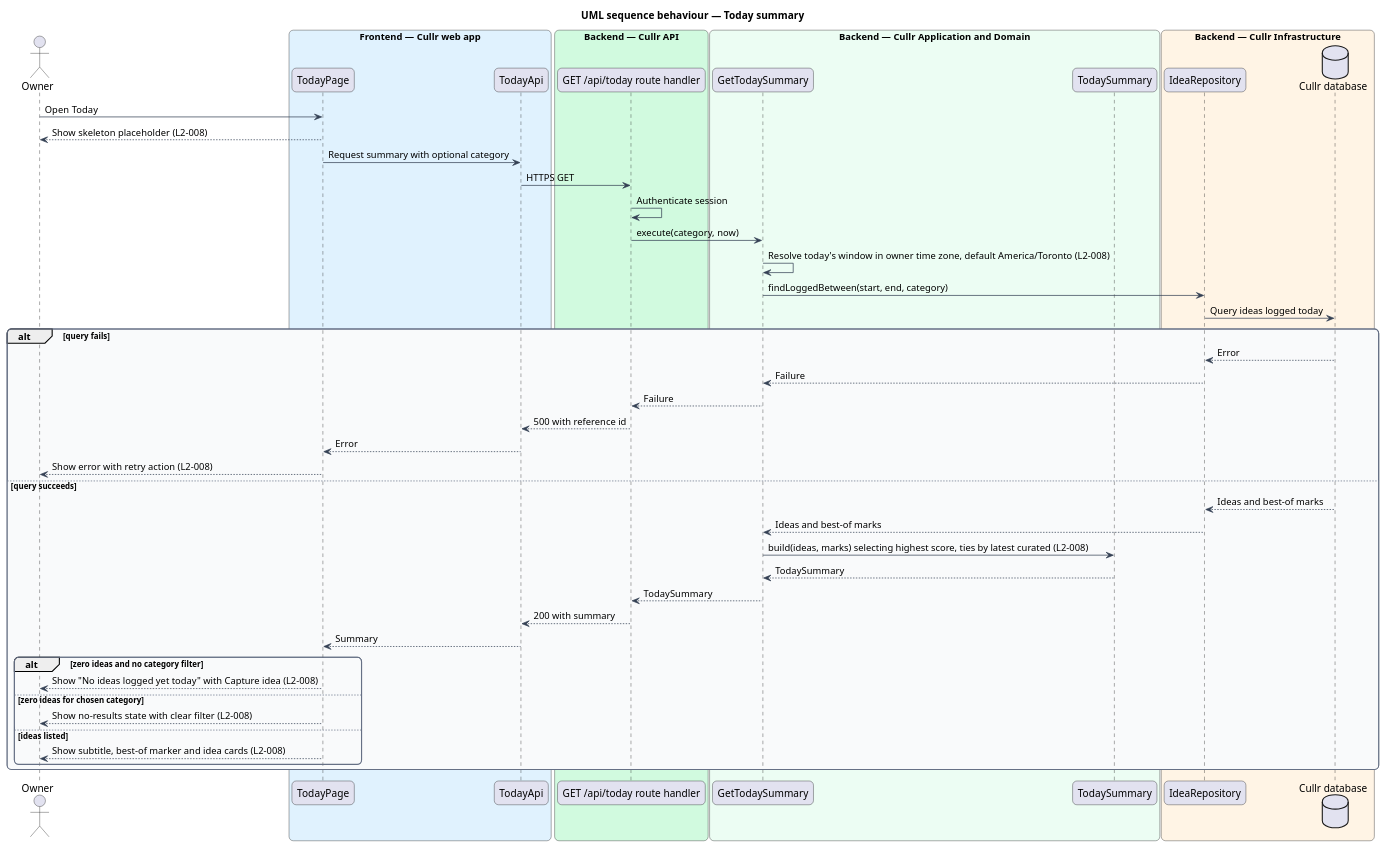
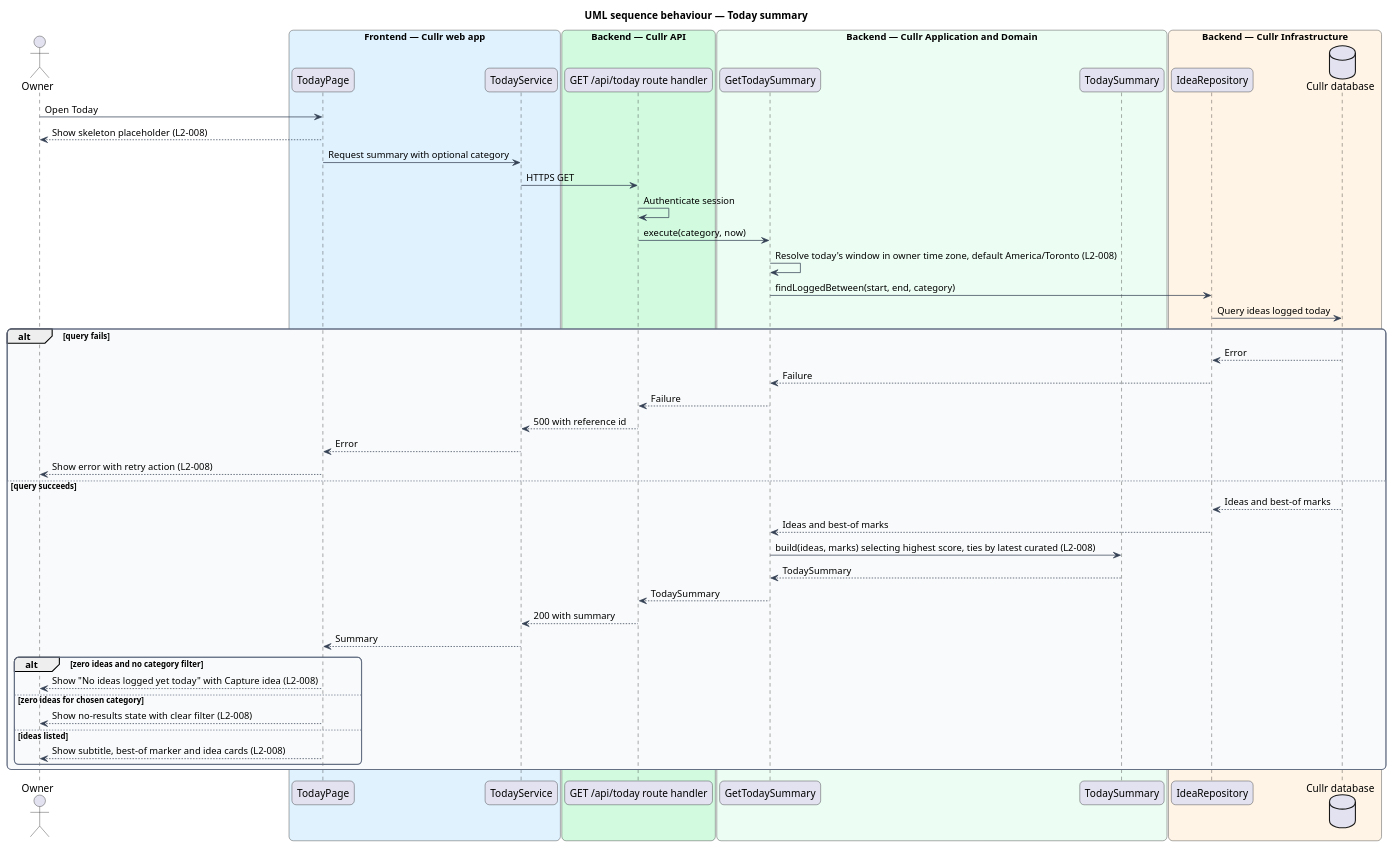
One commit to QuinntyneBrown/cullr changed the diagram in docs/detailed-designs/ideas/today-summary/diagrams/sequence-load-today.puml. Above: the diagram before and after it, drawn with PlantUML. The commit also changed 231 other files, not shown here.

```diff
--- a/docs/detailed-designs/ideas/today-summary/diagrams/sequence-load-today.puml
+++ b/docs/detailed-designs/ideas/today-summary/diagrams/sequence-load-today.puml
@@ -1,66 +1,66 @@
 @startuml
 title UML sequence behaviour — Today summary
 skinparam backgroundColor #FFFFFF
 skinparam shadowing false
 skinparam roundcorner 12
 skinparam defaultFontName Arial
 skinparam ArrowColor #344054
 skinparam rectangle {
   BorderColor #344054
   FontColor #101828
 }
 skinparam package {
   BorderColor #667085
   FontColor #101828
   BackgroundColor #F9FAFB
 }
 actor "Owner" as owner
 box "Frontend — Cullr web app" #E0F2FE
   participant "TodayPage" as page
-  participant "TodayApi" as client
+  participant "TodayService" as client
 end box
 box "Backend — Cullr API" #D1FADF
   participant "GET /api/today route handler" as handler
 end box
 box "Backend — Cullr Application and Domain" #ECFDF3
   participant "GetTodaySummary" as usecase
   participant "TodaySummary" as domain
 end box
 box "Backend — Cullr Infrastructure" #FFF4E5
   participant "IdeaRepository" as repo
   database "Cullr database" as db
 end box
 
 owner -> page : Open Today
 page --> owner : Show skeleton placeholder (L2-008)
 page -> client : Request summary with optional category
 client -> handler : HTTPS GET
 handler -> handler : Authenticate session
 handler -> usecase : execute(category, now)
 usecase -> usecase : Resolve today's window in owner time zone, default America/Toronto (L2-008)
 usecase -> repo : findLoggedBetween(start, end, category)
 repo -> db : Query ideas logged today
 alt query fails
   db --> repo : Error
   repo --> usecase : Failure
   usecase --> handler : Failure
   handler --> client : 500 with reference id
   client --> page : Error
   page --> owner : Show error with retry action (L2-008)
 else query succeeds
   db --> repo : Ideas and best-of marks
   repo --> usecase : Ideas and best-of marks
   usecase -> domain : build(ideas, marks) selecting highest score, ties by latest curated (L2-008)
   domain --> usecase : TodaySummary
   usecase --> handler : TodaySummary
   handler --> client : 200 with summary
   client --> page : Summary
   alt zero ideas and no category filter
     page --> owner : Show "No ideas logged yet today" with Capture idea (L2-008)
   else zero ideas for chosen category
     page --> owner : Show no-results state with clear filter (L2-008)
   else ideas listed
     page --> owner : Show subtitle, best-of marker and idea cards (L2-008)
   end
 end
 @enduml
```
